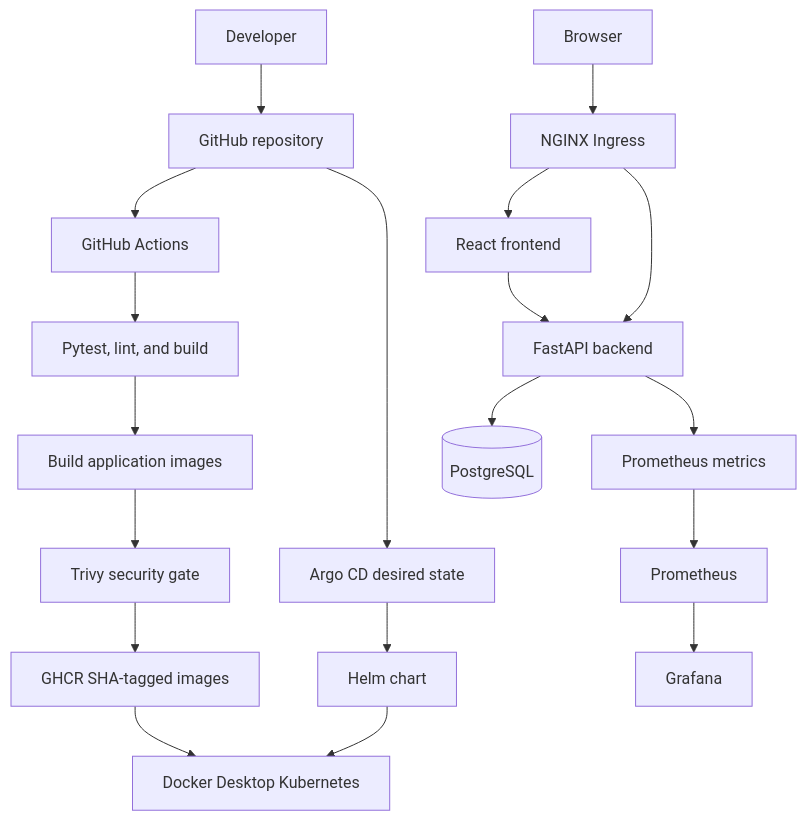
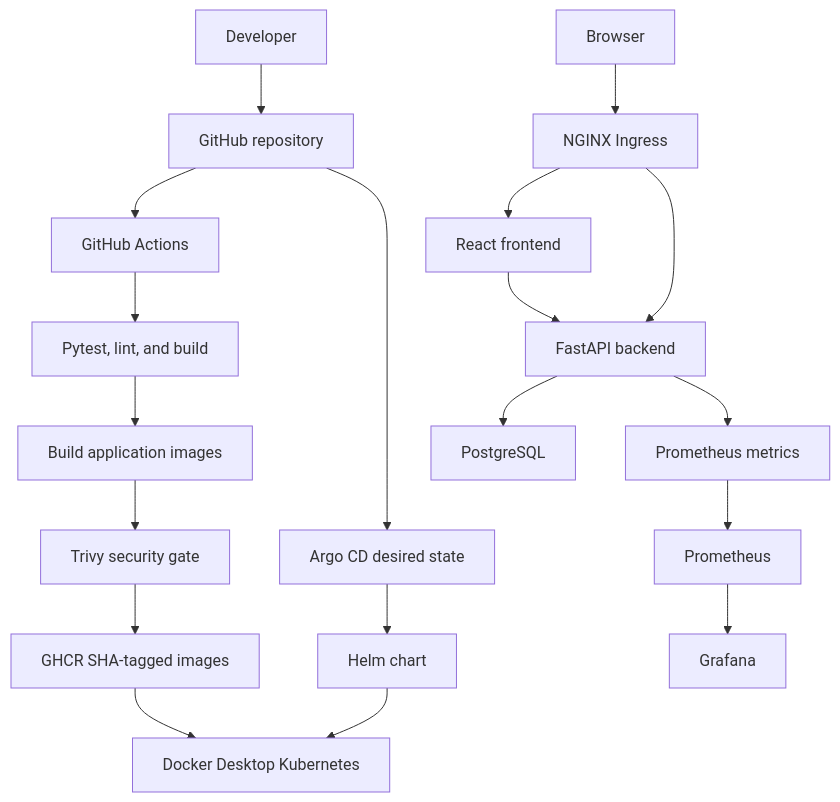
One commit to Aana-1025/incidentops-devops-capstone changed the first of 3 diagrams in ARCHITECTURE.md. Above: the diagram before and after it, drawn with Mermaid. The commit also changed 10 other files, not shown here.

````diff
--- a/ARCHITECTURE.md
+++ b/ARCHITECTURE.md
@@ -9,23 +9,23 @@
 ```mermaid
 flowchart TB
     Developer["Developer"] --> GitHub["GitHub repository"]
     GitHub --> Actions["GitHub Actions"]
     Actions --> Quality["Pytest, lint, and build"]
     Quality --> Images["Build application images"]
     Images --> Trivy["Trivy security gate"]
     Trivy --> GHCR["GHCR SHA-tagged images"]
 
     GitHub --> ArgoCD["Argo CD desired state"]
     ArgoCD --> Helm["Helm chart"]
     Helm --> LocalK8s["Docker Desktop Kubernetes"]
     GHCR --> LocalK8s
 
     Browser["Browser"] --> Ingress["NGINX Ingress"]
     Ingress --> Frontend["React frontend"]
     Ingress --> Backend["FastAPI backend"]
     Frontend --> Backend
-    Backend --> PostgreSQL[("PostgreSQL")]
+    Backend --> PostgreSQL["PostgreSQL"]
     Backend --> Metrics["Prometheus metrics"]
     Metrics --> Prometheus["Prometheus"]
     Prometheus --> Grafana["Grafana"]
 ```
````
